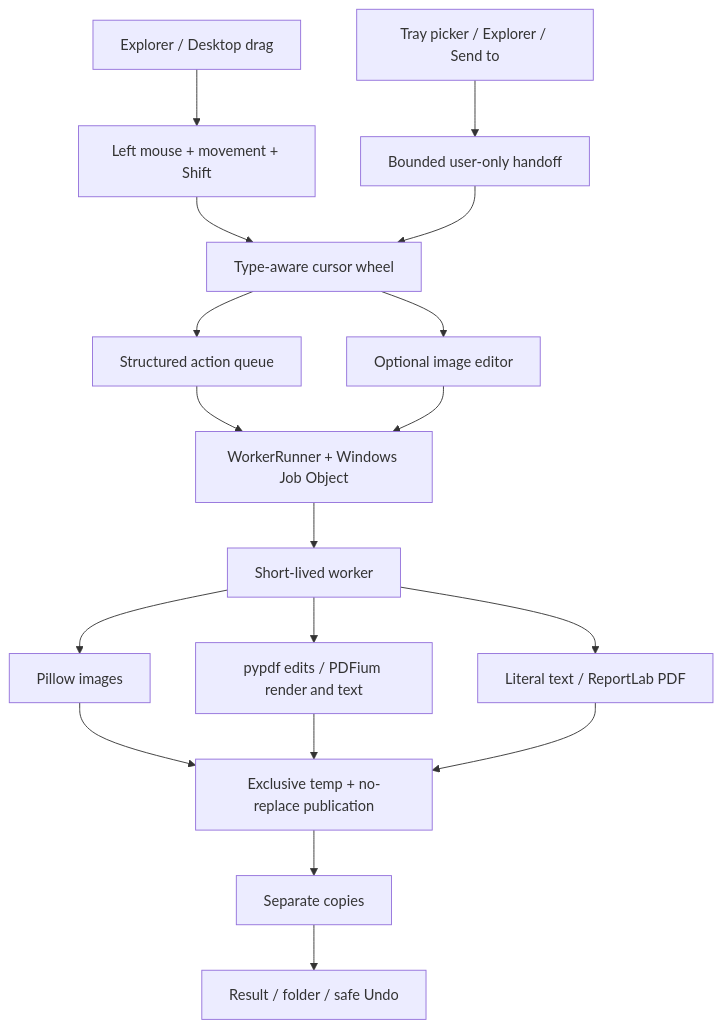
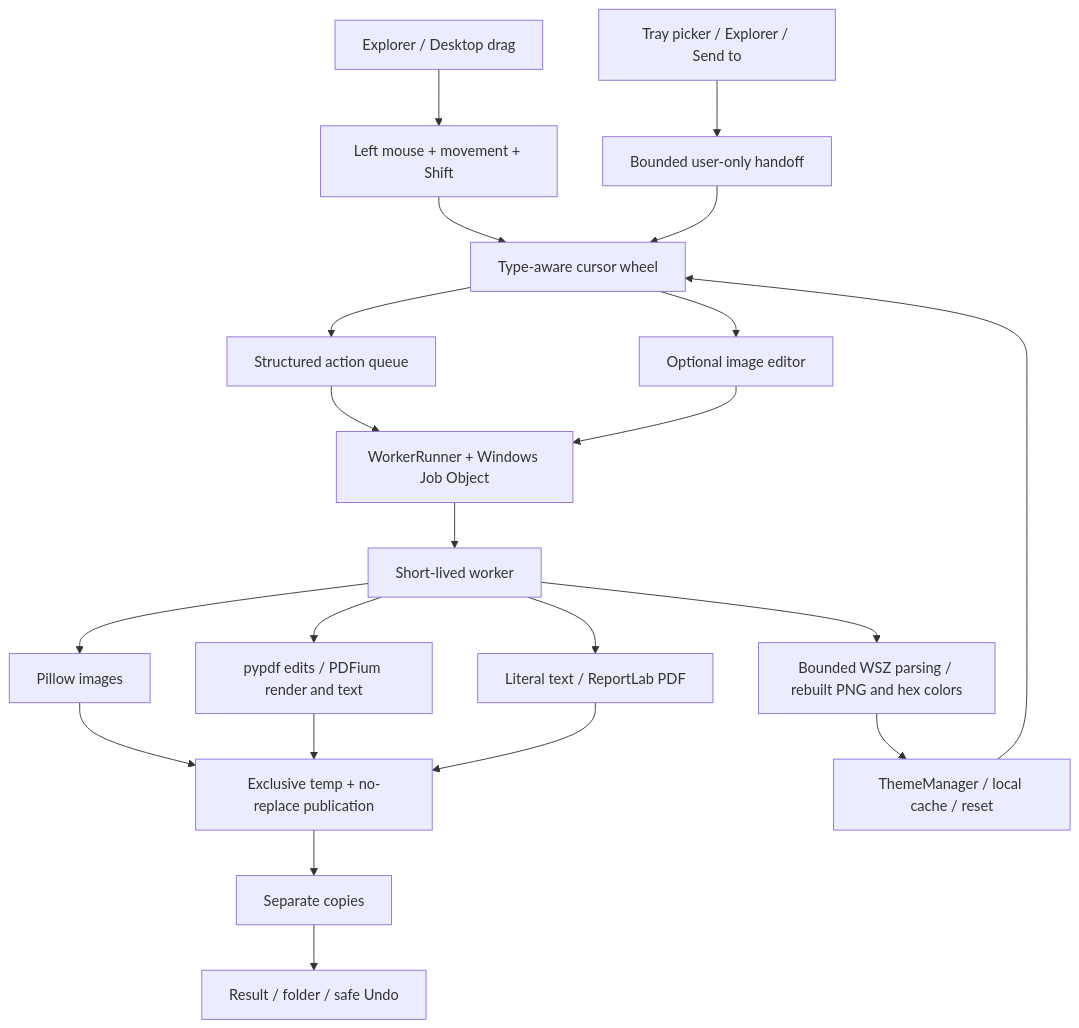
One commit to shishirrd/bitdeck changed the diagram in docs/architecture.md. Above: the diagram before and after it, drawn with Mermaid. The commit also changed other lines of this file and 35 other files, not shown here.

Commit message:
Package standalone Windows app and add classic Winamp skin themes

````diff
--- a/docs/architecture.md
+++ b/docs/architecture.md
@@ -3,20 +3,23 @@
 ```mermaid
 flowchart TD
     Explorer[Explorer / Desktop drag] --> Trigger[Left mouse + movement + Shift]
     Trigger --> Wheel[Type-aware cursor wheel]
     Files[Tray picker / Explorer / Send to] --> Handoff[Bounded user-only handoff]
     Handoff --> Wheel
     Wheel --> Queue[Structured action queue]
     Wheel --> Editor[Optional image editor]
     Queue --> Controller[WorkerRunner + Windows Job Object]
     Editor --> Controller
     Controller --> Worker[Short-lived worker]
     Worker --> Images[Pillow images]
     Worker --> PDF[pypdf edits / PDFium render and text]
     Worker --> Text[Literal text / ReportLab PDF]
+    Worker --> Skin[Bounded WSZ parsing / rebuilt PNG and hex colors]
+    Skin --> Themes[ThemeManager / local cache / reset]
+    Themes --> Wheel
     Images --> Publish[Exclusive temp + no-replace publication]
     PDF --> Publish
     Text --> Publish
     Publish --> Outputs[Separate copies]
     Outputs --> Card[Result / folder / safe Undo]
 ```
````
